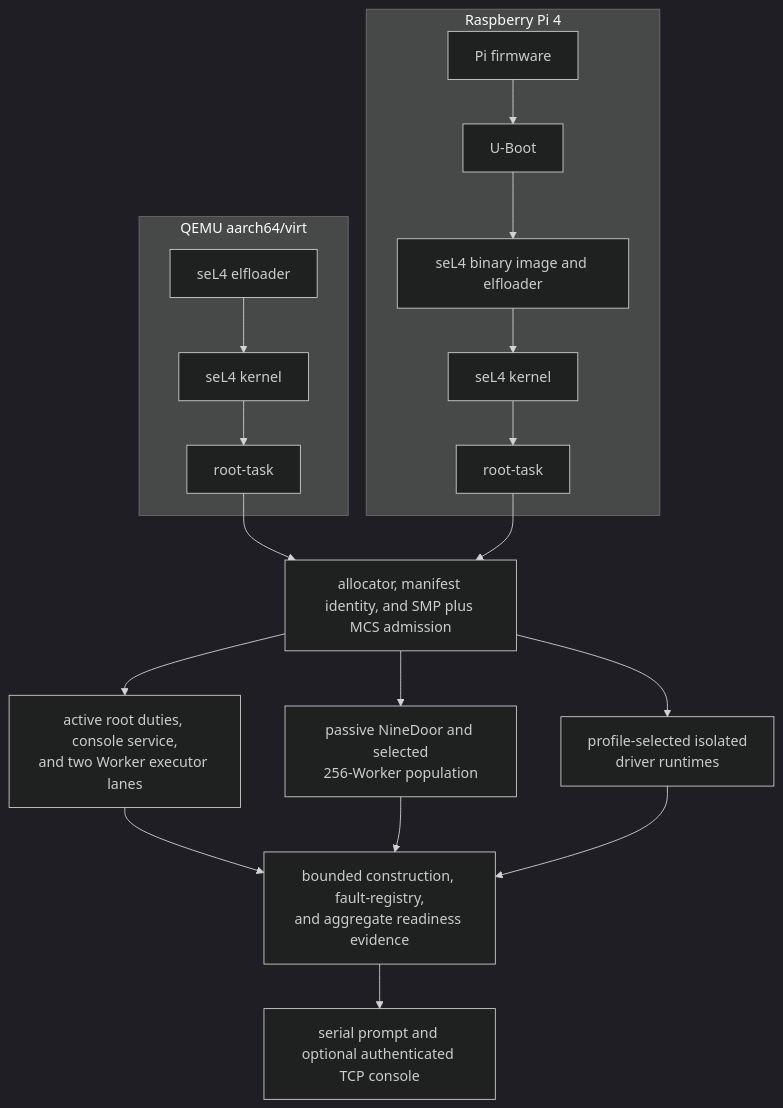
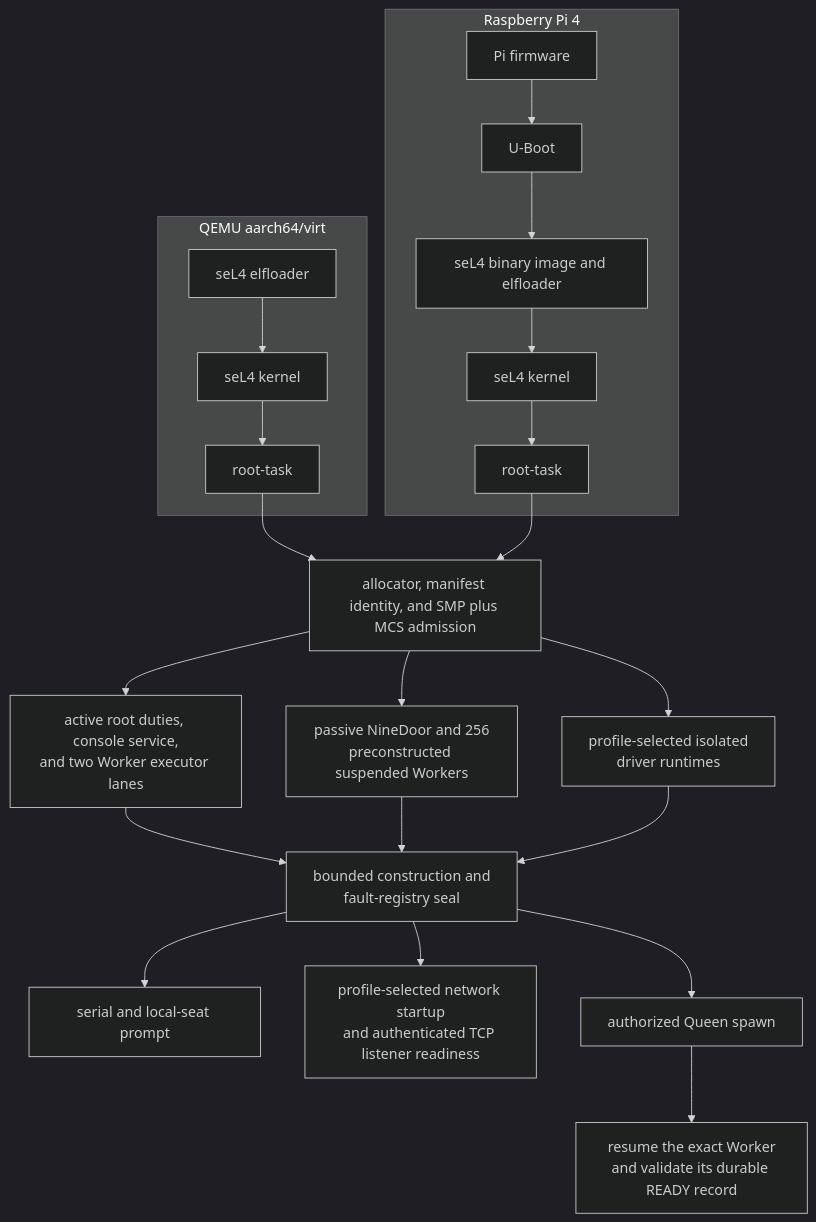
The diagram in docs/BOOT_REFERENCE.md (lukeb-aidev/cohesix), drawn with Mermaid (dark theme) before and after one commit. The commit also changed other lines of this file and 1 other file, not shown here.

Commit message:
docs: correct network and Worker boot diagrams

````diff
--- a/docs/BOOT_REFERENCE.md
+++ b/docs/BOOT_REFERENCE.md
@@ -18,24 +18,27 @@
 ```mermaid
 flowchart TB
   subgraph Qemu["QEMU aarch64/virt"]
     QElf["seL4 elfloader"] --> QKernel["seL4 kernel"]
     QKernel --> QRoot["root-task"]
   end
 
   subgraph Pi["Raspberry Pi 4"]
     Firmware["Pi firmware"] --> UBoot["U-Boot"]
     UBoot --> PElf["seL4 binary image and elfloader"]
     PElf --> PKernel["seL4 kernel"]
     PKernel --> PRoot["root-task"]
   end
 
   QRoot --> Common["allocator, manifest identity, and SMP plus MCS admission"]
   PRoot --> Common
   Common --> Critical["active root duties, console service,\nand two Worker executor lanes"]
-  Common --> Passive["passive NineDoor and selected\n256-Worker population"]
+  Common --> Passive["passive NineDoor and 256\npreconstructed suspended Workers"]
   Common --> Drivers["profile-selected isolated\ndriver runtimes"]
-  Critical --> Seals["bounded construction, fault-registry,\nand aggregate readiness evidence"]
+  Critical --> Seals["bounded construction and\nfault-registry seal"]
   Passive --> Seals
   Drivers --> Seals
-  Seals --> Console["serial prompt and optional authenticated TCP console"]
+  Seals --> Console["serial and local-seat prompt"]
+  Seals --> Network["profile-selected network startup\nand authenticated TCP listener readiness"]
+  Seals --> Admission["authorized Queen spawn"]
+  Admission --> Ready["resume the exact Worker\nand validate its durable READY record"]
 ```
````
